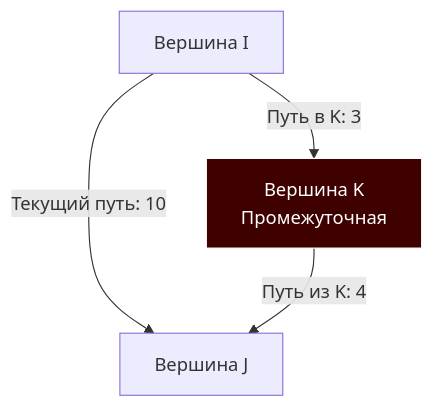
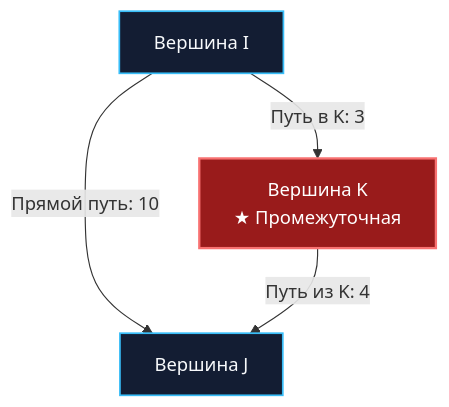
Before and after one commit to UnrealTemplier/go-textbook: the diagram in sources/20. Алгоритмы и структуры данных (DSA) на Go/11. Графы/7. Алгоритм Флойда Уоршелла.md, drawn with Mermaid. The commit also changed other lines of this file, not shown here.

````diff
--- a/sources/20. Алгоритмы и структуры данных (DSA) на Go/11. Графы/7. Алгоритм Флойда Уоршелла.md
+++ b/sources/20. Алгоритмы и структуры данных (DSA) на Go/11. Графы/7. Алгоритм Флойда Уоршелла.md
@@ -19,8 +28,10 @@
 ```mermaid
 flowchart TD
-    I["Вершина I"] -->|"Текущий путь: 10"| J["Вершина J"]
-    I -->|"Путь в K: 3"| K["Вершина K<br>Промежуточная"]
+    I["Вершина I"] -->|"Прямой путь: 10"| J["Вершина J"]
+    I -->|"Путь в K: 3"| K["Вершина K<br>★ Промежуточная"]
     K -->|"Путь из K: 4"| J
-    
-    style K fill:#3f0000,stroke:#fff,color:#fff
+
+    classDef default fill:#131d33,stroke:#38bdf8,stroke-width:1.5px,color:#f8fafc;
+    classDef transit fill:#991b1b,stroke:#f87171,stroke-width:2px,color:#ffffff;
+    class K transit;
 ```
````
